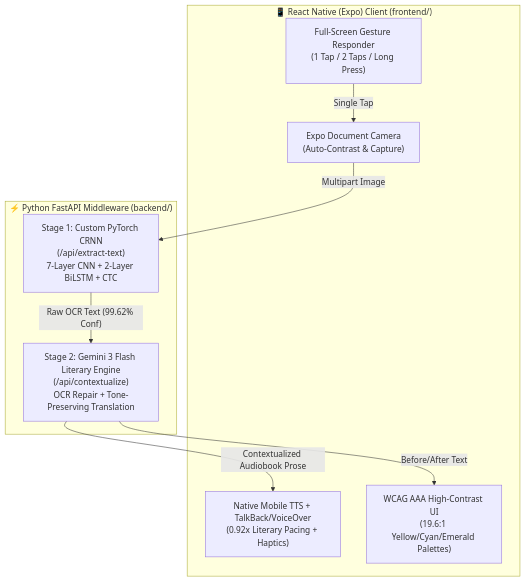
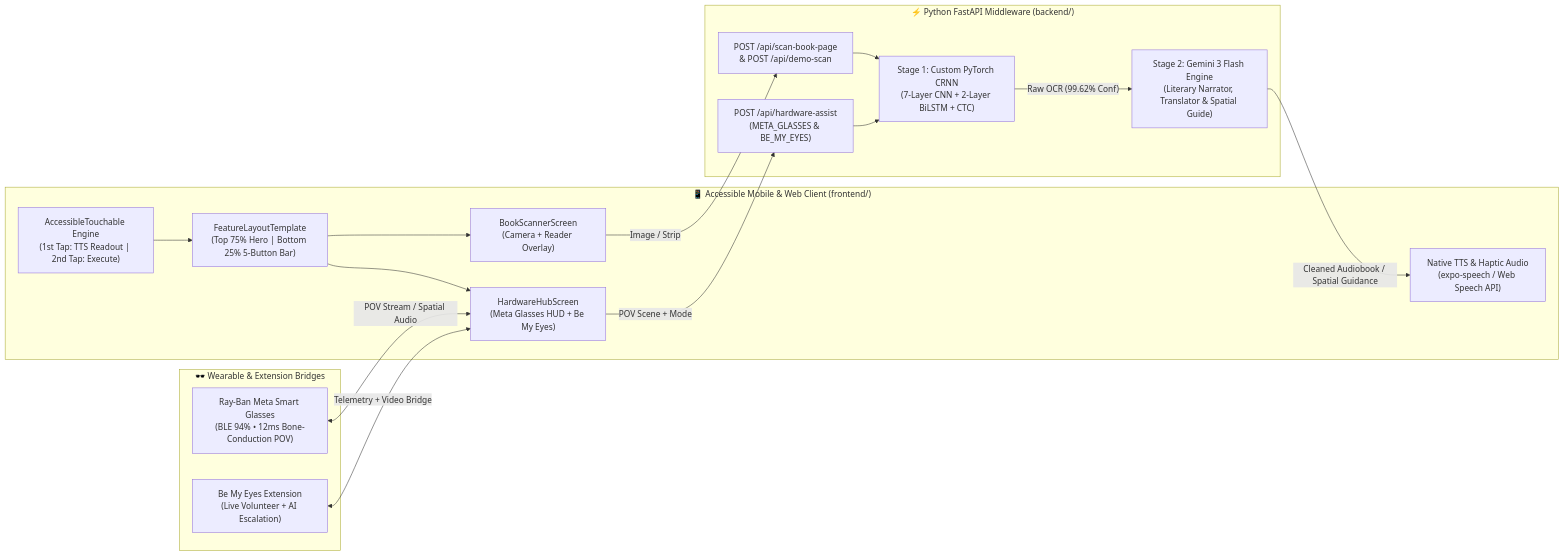
The diagram in docs/pitch_drafts/02_system_architecture.md (Hariths-bliAst/Blinde-ER), drawn with Mermaid before and after one commit. The commit also changed other lines of this file, not shown here.

Commit message:
docs(pitch): expand 02_system_architecture.md with workflow, architecture, AI integration, and demo placeholder

````diff
--- a/docs/pitch_drafts/02_system_architecture.md
+++ b/docs/pitch_drafts/02_system_architecture.md
@@ -9,20 +37,32 @@
 ```mermaid
-flowchart TD
-    subgraph Mobile["📱 React Native (Expo) Client (frontend/)"]
-        G["Full-Screen Gesture Responder\n(1 Tap / 2 Taps / Long Press)"]
-        CAM["Expo Document Camera\n(Auto-Contrast & Capture)"]
-        TTS["Native Mobile TTS + TalkBack/VoiceOver\n(0.92x Literary Pacing + Haptics)"]
-        UI["WCAG AAA High-Contrast UI\n(19.6:1 Yellow/Cyan/Emerald Palettes)"]
+flowchart LR
+    subgraph Client["📱 Accessible Mobile & Web Client (frontend/)"]
+        AT["AccessibleTouchable Engine\n(1st Tap: TTS Readout | 2nd Tap: Execute)"]
+        FLT["FeatureLayoutTemplate\n(Top 75% Hero | Bottom 25% 5-Button Bar)"]
+        BS["BookScannerScreen\n(Camera + Reader Overlay)"]
+        HH["HardwareHubScreen\n(Meta Glasses HUD + Be My Eyes)"]
+        TTS["Native TTS & Haptic Audio\n(expo-speech / Web Speech API)"]
+    end
+
+    subgraph Wearables["🕶️ Wearable & Extension Bridges"]
+        META["Ray-Ban Meta Smart Glasses\n(BLE 94% • 12ms Bone-Conduction POV)"]
+        BME["Be My Eyes Extension\n(Live Volunteer + AI Escalation)"]
     end
 
     subgraph Backend["⚡ Python FastAPI Middleware (backend/)"]
-        S1["Stage 1: Custom PyTorch CRNN\n(/api/extract-text)\n7-Layer CNN + 2-Layer BiLSTM + CTC"]
-        S2["Stage 2: Gemini 3 Flash Literary Engine\n(/api/contextualize)\nOCR Repair + Tone-Preserving Translation"]
+        R1["POST /api/scan-book-page\n& POST /api/demo-scan"]
+        R2["POST /api/hardware-assist\n(META_GLASSES & BE_MY_EYES)"]
+        S1["Stage 1: Custom PyTorch CRNN\n(7-Layer CNN + 2-Layer BiLSTM + CTC)"]
+        S2["Stage 2: Gemini 3 Flash Engine\n(Literary Narrator, Translator & Spatial Guide)"]
     end
 
-    G -->|"Single Tap"| CAM
-    CAM -->|"Multipart Image"| S1
-    S1 -->|"Raw OCR Text (99.62% Conf)"| S2
-    S2 -->|"Contextualized Audiobook Prose"| TTS
-    S2 -->|"Before/After Text"| UI
+    AT --> FLT
+    FLT --> BS & HH
+    META <-->|"POV Stream / Spatial Audio"| HH
+    BME <-->|"Telemetry + Video Bridge"| HH
+    BS -->|"Image / Strip"| R1
+    HH -->|"POV Scene + Mode"| R2
+    R1 & R2 --> S1
+    S1 -->|"Raw OCR (99.62% Conf)"| S2
+    S2 -->|"Cleaned Audiobook / Spatial Guidance"| TTS
 ```
````
